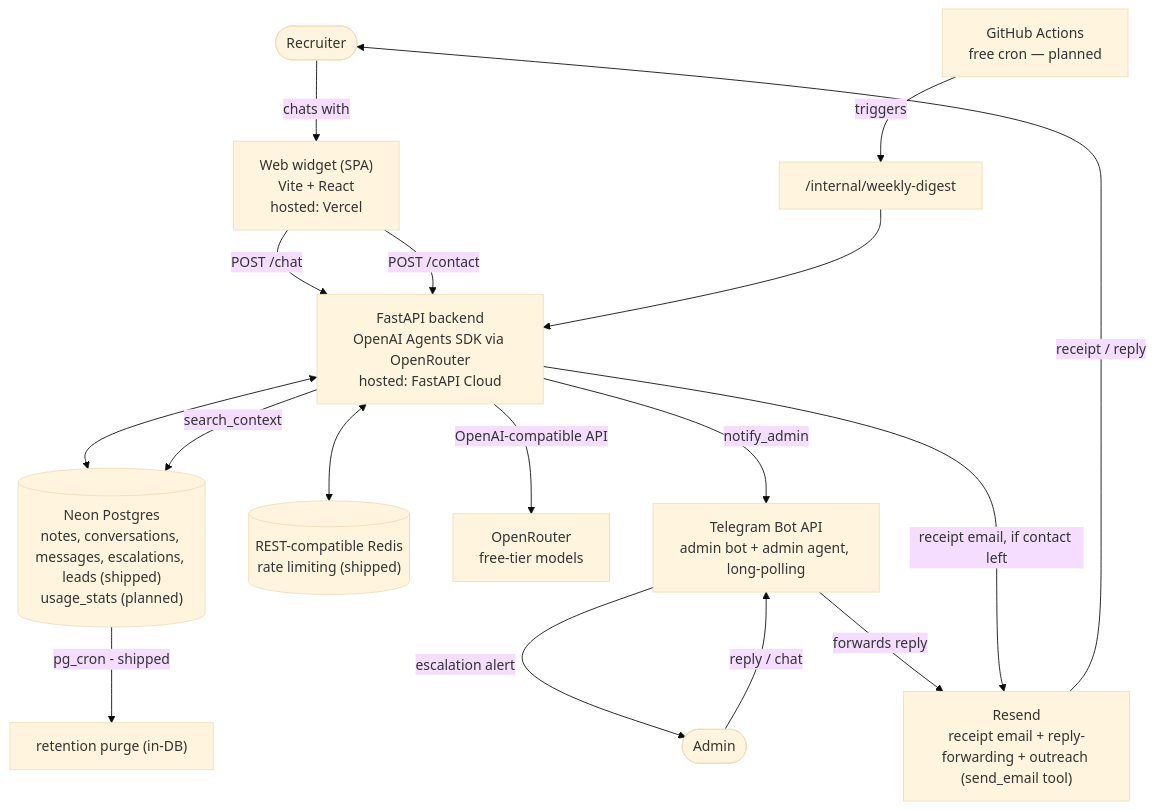
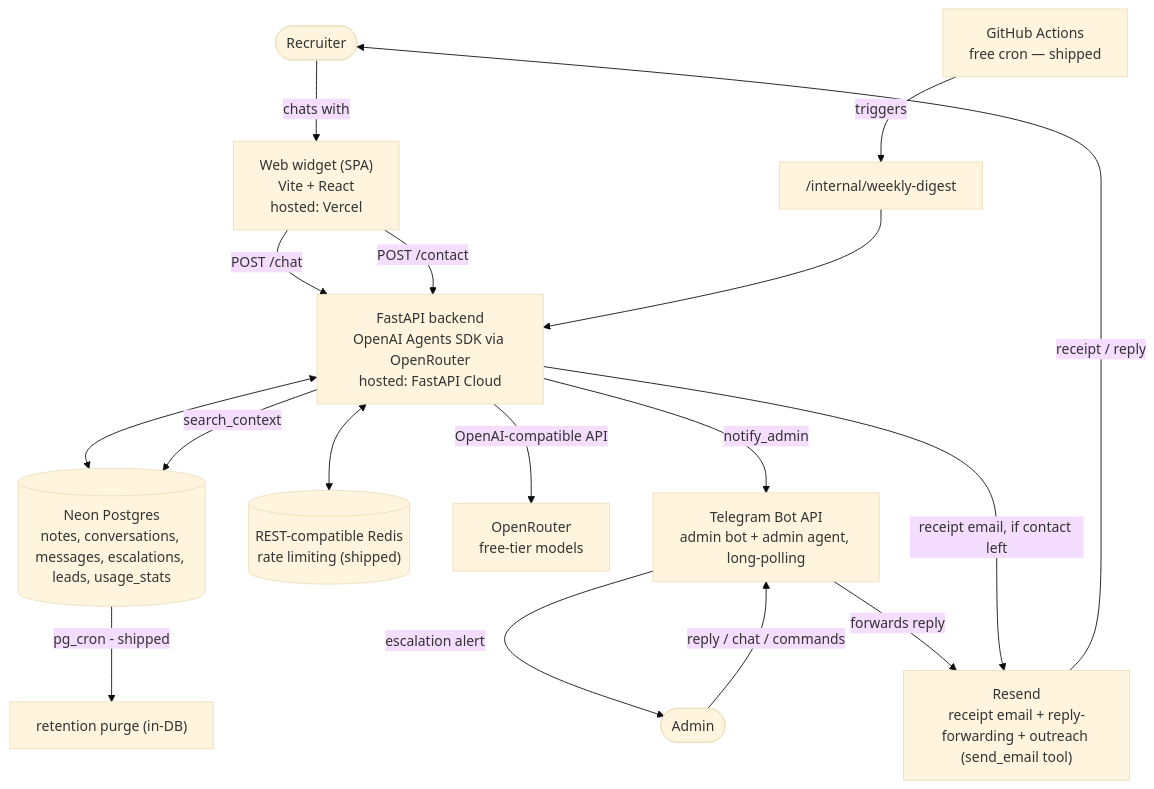
One commit to Chitresh-code/relay changed the first of 2 diagrams in docs/ARCHITECTURE.md. Above: the diagram before and after it, drawn with Mermaid (base theme). The commit also changed other lines of this file and 11 other files, not shown here.

Commit message:
feat(governance): usage stats, weekly digest, and Telegram admin commands (#18)

````diff
--- a/docs/ARCHITECTURE.md
+++ b/docs/ARCHITECTURE.md
@@ -7,22 +7,22 @@
 ```mermaid
 flowchart TD
     Recruiter([Recruiter]) -->|chats with| Widget["Web widget (SPA)<br/>Vite + React<br/>hosted: Vercel"]
     Widget -->|POST /chat| Backend["FastAPI backend<br/>OpenAI Agents SDK via OpenRouter<br/>hosted: FastAPI Cloud"]
     Widget -->|POST /contact| Backend
 
-    Backend <--> DB[("Neon Postgres<br/>notes, conversations, messages, escalations, leads (shipped)<br/>usage_stats (planned)")]
+    Backend <--> DB[("Neon Postgres<br/>notes, conversations, messages, escalations, leads, usage_stats")]
     Backend <--> Redis[("REST-compatible Redis<br/>rate limiting (shipped)")]
     Backend -->|OpenAI-compatible API| OpenRouter["OpenRouter<br/>free-tier models"]
 
     Backend -->|notify_admin| TG["Telegram Bot API<br/>admin bot + admin agent, long-polling"]
     Backend -->|search_context| DB
     TG -->|escalation alert| Admin([Admin])
-    Admin -->|reply / chat| TG
+    Admin -->|reply / chat / commands| TG
     TG -->|forwards reply| Resend["Resend<br/>receipt email + reply-forwarding + outreach (send_email tool)"]
     Backend -->|receipt email, if contact left| Resend
     Resend -->|receipt / reply| Recruiter
 
     DB -->|"pg_cron - shipped"| Purge["retention purge (in-DB)"]
-    Cron["GitHub Actions<br/>free cron — planned"] -->|triggers| Digest["/internal/weekly-digest"]
+    Cron["GitHub Actions<br/>free cron — shipped"] -->|triggers| Digest["/internal/weekly-digest"]
     Digest --> Backend
 ```
````
